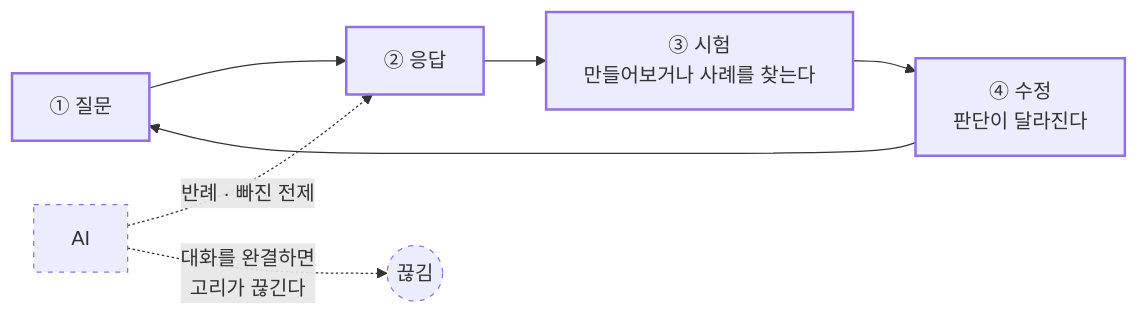
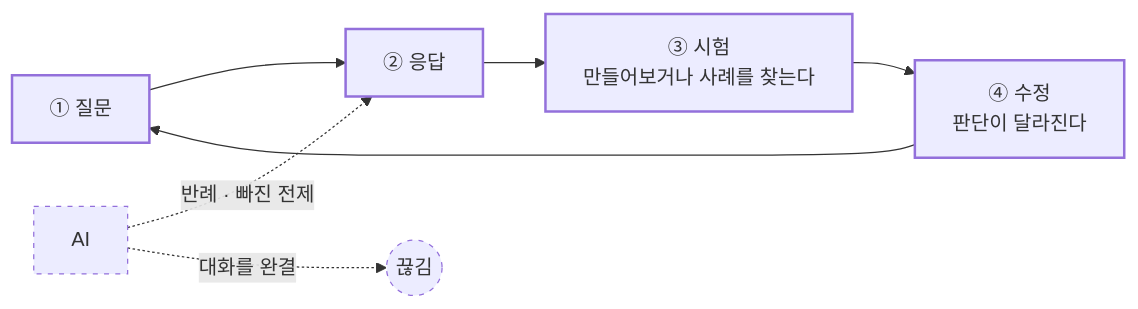
Before and after one commit to mapsycoy/mapsycoy.github.io: the first of 2 diagrams in src/content/notes/p4c-and-art-gifted-education.md, drawn with Mermaid. The commit also changed other lines of this file, not shown here.

````diff
--- a/src/content/notes/p4c-and-art-gifted-education.md
+++ b/src/content/notes/p4c-and-art-gifted-education.md
@@ -109,15 +134,15 @@
 ```mermaid
 flowchart LR
     Q["① 질문"] --> A["② 응답"]
     A --> T["③ 시험<br/>만들어보거나 사례를 찾는다"]
     T --> C["④ 수정<br/>판단이 달라진다"]
     C --> Q
 
     AI["AI"] -.->|"반례 · 빠진 전제"| A
-    AI -.->|"대화를 완결하면<br/>고리가 끊긴다"| X(("끊김"))
+    AI -.->|"대화를 완결"| X(("끊김"))
 
     classDef ring stroke-width:2px;
     classDef aux stroke-dasharray:4 5;
     class Q,A,T,C ring;
     class AI,X aux;
 ```
````
